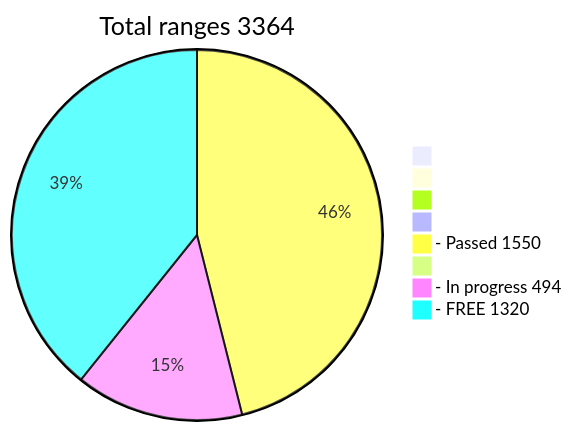
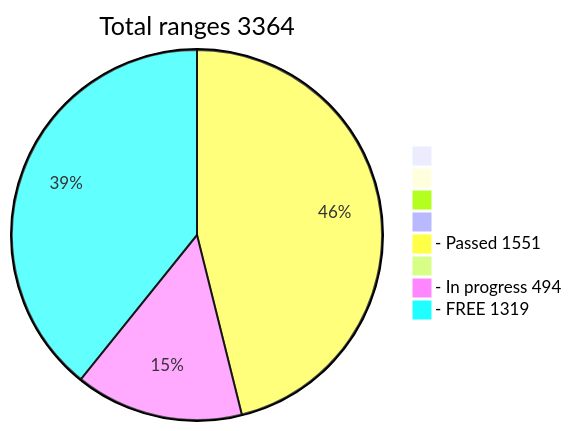
Before and after one commit to phrutis/wif500: the diagram in README.md, drawn with Mermaid.

````diff
--- a/README.md
+++ b/README.md
@@ -16,12 +16,12 @@
 ```mermaid
 pie title Total ranges 3364
              " " : 0
             "  " : 0
            "   " : 0
           "    " : 0
-  "- Passed 1550" : 1550
+  "- Passed 1551" : 1551
          "     " : 0
   "- In progress 494" : 494
-   "- FREE 1320" : 1320
+   "- FREE 1319" : 1319
    
 ```
````
